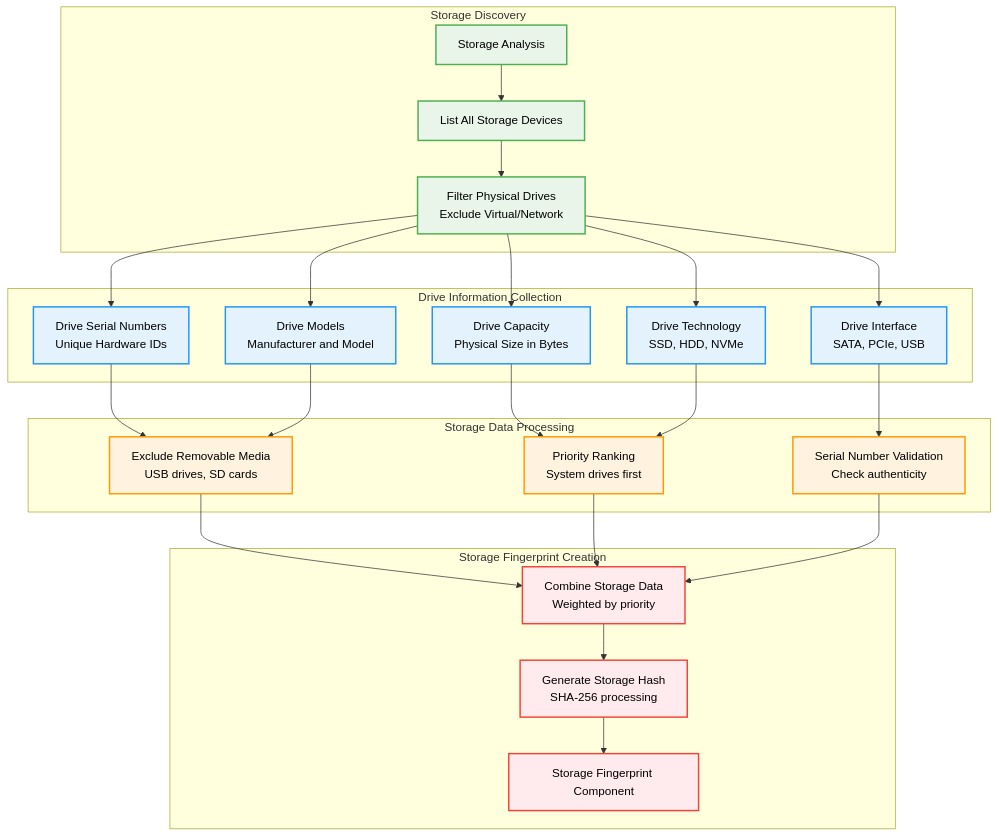
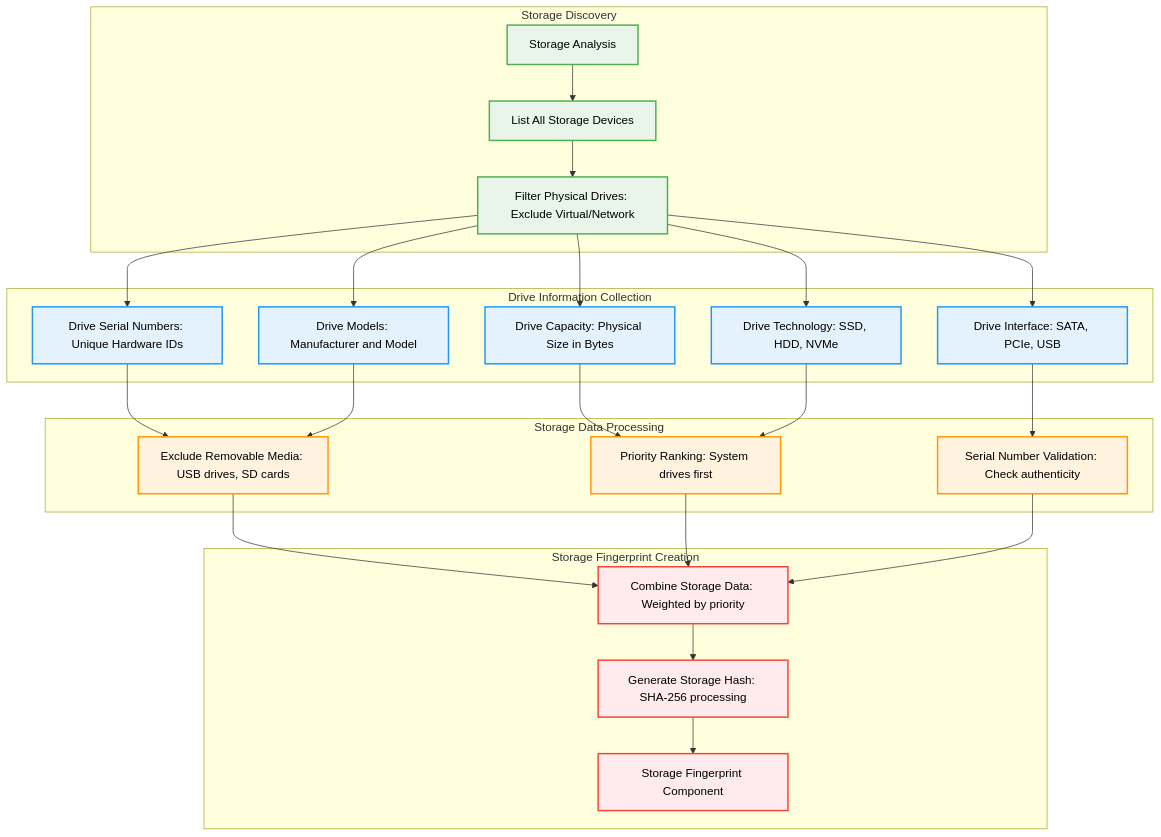
Before and after one commit to Johnsonajibi/DeviceFingerprinting: the fifth of 7 diagrams in README.md, drawn with Mermaid. The commit also changed other lines of this file, not shown here.

First line of the commit message:
Fix Mermaid diagram syntax errors

````diff
--- a/README.md
+++ b/README.md
@@ -248,58 +248,58 @@
 ```mermaid
 flowchart TB
     subgraph "Storage Discovery"
         StorageStart[Storage Analysis]
         ListDrives[List All Storage Devices]
-        FilterPhysical[Filter Physical Drives<br/>Exclude Virtual/Network]
+        FilterPhysical["Filter Physical Drives: Exclude Virtual/Network"]
     end
     
     subgraph "Drive Information Collection"
-        DriveSerial[Drive Serial Numbers<br/>Unique Hardware IDs]
-        DriveModel[Drive Models<br/>Manufacturer and Model]
-        DriveSize[Drive Capacity<br/>Physical Size in Bytes]
-        DriveType[Drive Technology<br/>SSD, HDD, NVMe]
-        DriveInterface[Drive Interface<br/>SATA, PCIe, USB]
+        DriveSerial["Drive Serial Numbers: Unique Hardware IDs"]
+        DriveModel["Drive Models: Manufacturer and Model"]
+        DriveSize["Drive Capacity: Physical Size in Bytes"]
+        DriveType["Drive Technology: SSD, HDD, NVMe"]
+        DriveInterface["Drive Interface: SATA, PCIe, USB"]
     end
     
     subgraph "Storage Data Processing"
-        ExcludeRemovable[Exclude Removable Media<br/>USB drives, SD cards]
-        PriorityRanking[Priority Ranking<br/>System drives first]
-        SerialValidation[Serial Number Validation<br/>Check authenticity]
+        ExcludeRemovable["Exclude Removable Media: USB drives, SD cards"]
+        PriorityRanking["Priority Ranking: System drives first"]
+        SerialValidation["Serial Number Validation: Check authenticity"]
     end
     
     subgraph "Storage Fingerprint Creation"
-        StorageCombine[Combine Storage Data<br/>Weighted by priority]
-        StorageHash[Generate Storage Hash<br/>SHA-256 processing]
+        StorageCombine["Combine Storage Data: Weighted by priority"]
+        StorageHash["Generate Storage Hash: SHA-256 processing"]
         StorageComponent[Storage Fingerprint Component]
     end
     
     StorageStart --> ListDrives
     ListDrives --> FilterPhysical
     FilterPhysical --> DriveSerial
     FilterPhysical --> DriveModel
     FilterPhysical --> DriveSize
     FilterPhysical --> DriveType
     FilterPhysical --> DriveInterface
     
     DriveSerial --> ExcludeRemovable
     DriveModel --> ExcludeRemovable
     DriveSize --> PriorityRanking
     DriveType --> PriorityRanking
     DriveInterface --> SerialValidation
     
     ExcludeRemovable --> StorageCombine
     PriorityRanking --> StorageCombine
     SerialValidation --> StorageCombine
     StorageCombine --> StorageHash
     StorageHash --> StorageComponent
     
     classDef discovery fill:#e8f5e8,stroke:#4caf50,stroke-width:2px,color:#000000
     classDef collection fill:#e3f2fd,stroke:#2196f3,stroke-width:2px,color:#000000
     classDef processing fill:#fff3e0,stroke:#ff9800,stroke-width:2px,color:#000000
     classDef creation fill:#ffebee,stroke:#f44336,stroke-width:2px,color:#000000
     
     class StorageStart,ListDrives,FilterPhysical discovery
     class DriveSerial,DriveModel,DriveSize,DriveType,DriveInterface collection
     class ExcludeRemovable,PriorityRanking,SerialValidation processing
     class StorageCombine,StorageHash,StorageComponent creation
 ```
````
